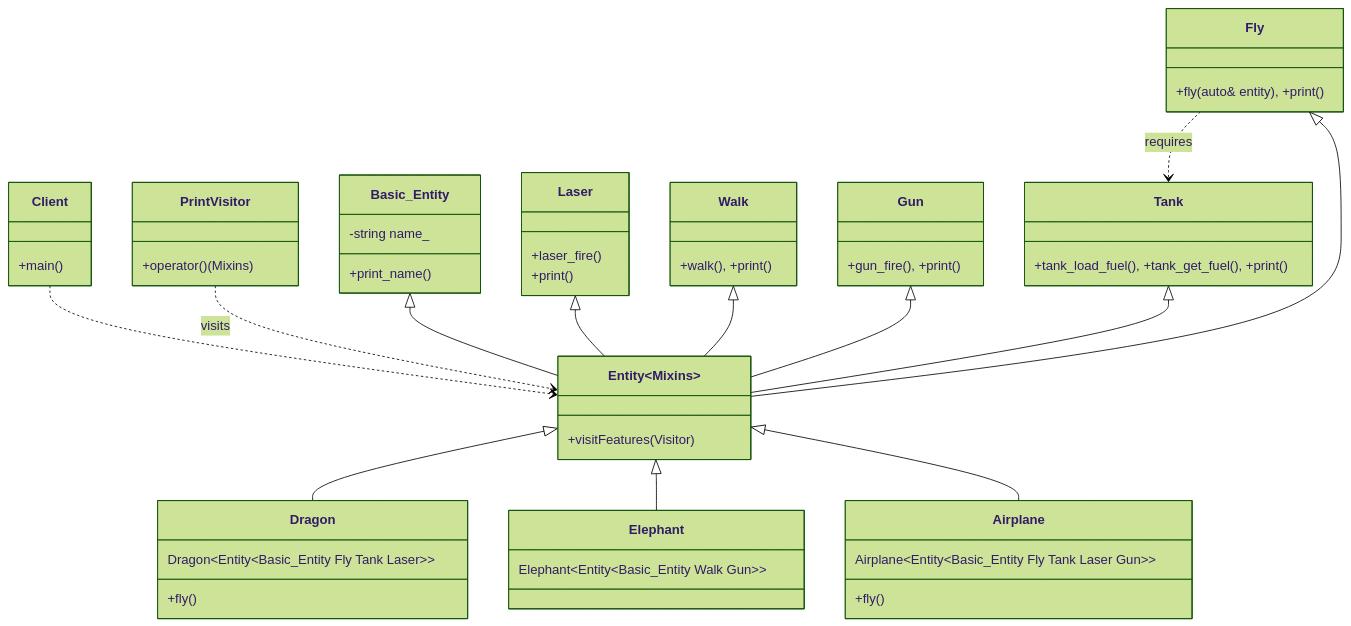
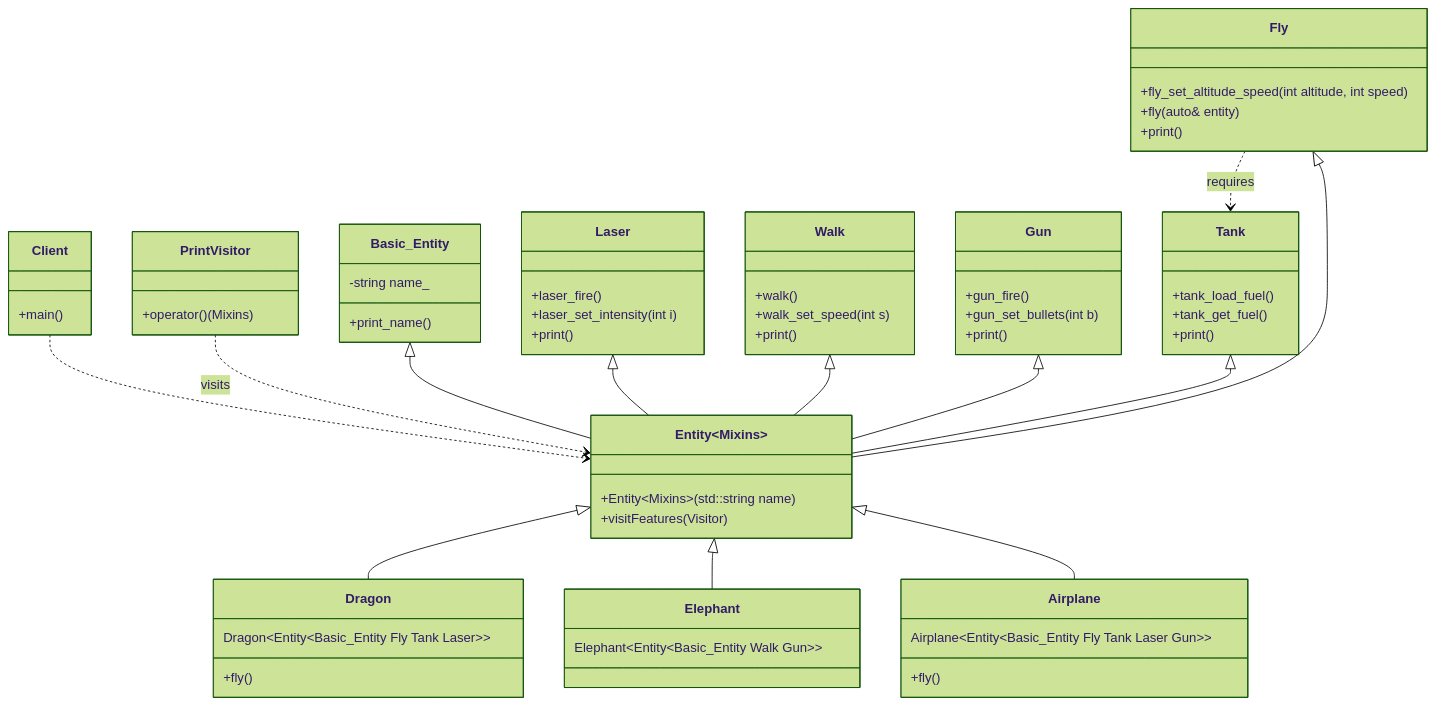
Before and after one commit to Cichlidfishexigency721/Modern-CPP-Design-Patterns: the diagram in 15_Mixin/02_Advanced/diagram.md, drawn with Mermaid (forest theme).

Commit message:
UML improvement

````diff
--- a/15_Mixin/02_Advanced/diagram.md
+++ b/15_Mixin/02_Advanced/diagram.md
@@ -3,63 +3,79 @@
 ```mermaid
 classDiagram
 %%---------------------------------------------------------------------- Main:
    class Client {
       +main()
    }
 
 %%---------------------------------------------------- Features (Mixin Parts):
    class Laser {
       +laser_fire()
+      +laser_set_intensity(int i)
       +print()
    }
-   class Walk { +walk(), +print() }
-   class Gun { +gun_fire(), +print() }
-   class Tank { +tank_load_fuel(), +tank_get_fuel(), +print() }
-   class Fly { +fly(auto& entity), +print() }
+   class Walk {
+      +walk()
+      +walk_set_speed(int s)
+      +print()
+   }
+   class Gun {
+      +gun_fire()
+      +gun_set_bullets(int b)
+      +print()
+   }
+   class Tank {
+      +tank_load_fuel()
+      +tank_get_fuel()
+      +print()
+   }
+   class Fly {
+      +fly_set_altitude_speed(int altitude, int speed)
+      +fly(auto& entity)
+      +print()
+   }
 
 %%--------------------------------------------------------------------- Entity:
    class Basic_Entity {
       -string name_
       +print_name()
    }
-
    class Entity~Mixins~ {
+      +Entity~Mixins~(std::string name)
       +visitFeatures(Visitor)
    }
 
 %%------------------------------------------------------------ Mixin Entities:
    class Dragon {
       Dragon~Entity~Basic_Entity Fly Tank Laser~~
       +fly()
    }
    class Elephant {
       Elephant~Entity~Basic_Entity Walk Gun~~
    }
    class Airplane {
       Airplane~Entity~Basic_Entity Fly Tank Laser Gun~~
       +fly()
    }
-
    class PrintVisitor {
       +operator()(Mixins)
    }
 
 %%----------------------------------------------------------- UML Composition:
    %% Dependencies
    Client ..> Entity~Mixins~
    PrintVisitor ..> Entity~Mixins~ : visits
    Fly ..> Tank : requires
 
    %% Multiple Inheritance (Horizontal Composition)
    Basic_Entity <|-- Entity~Mixins~
    Laser <|-- Entity~Mixins~
    Walk <|-- Entity~Mixins~
    Gun <|-- Entity~Mixins~
    Tank <|-- Entity~Mixins~
    Fly <|-- Entity~Mixins~
 
    %% Specific Entities
    Entity~Mixins~ <|-- Dragon
    Entity~Mixins~ <|-- Elephant
    Entity~Mixins~ <|-- Airplane
 ```
````
